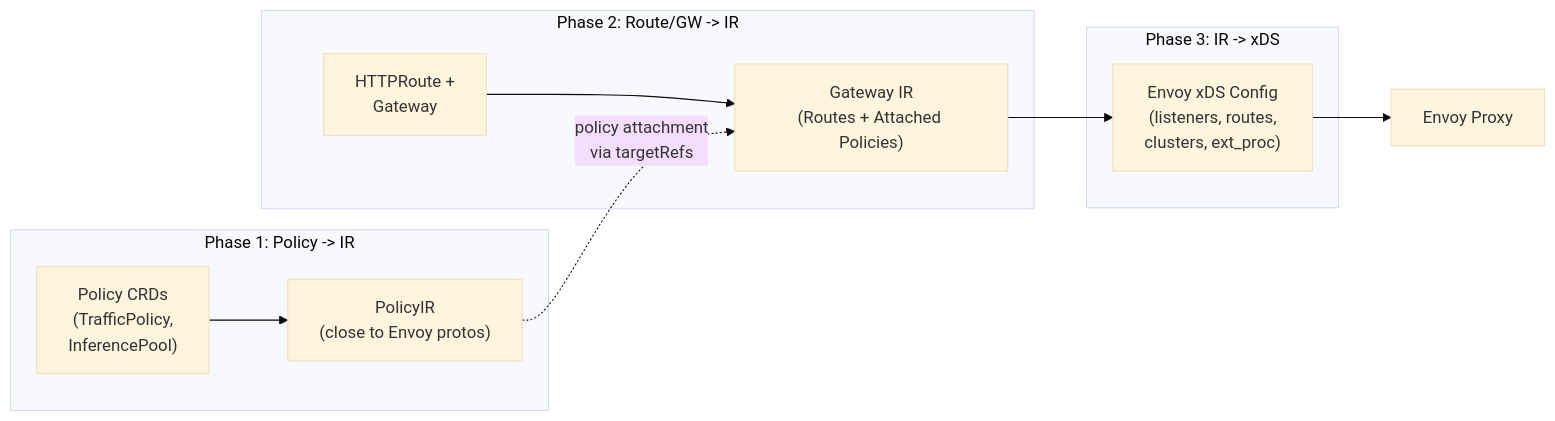
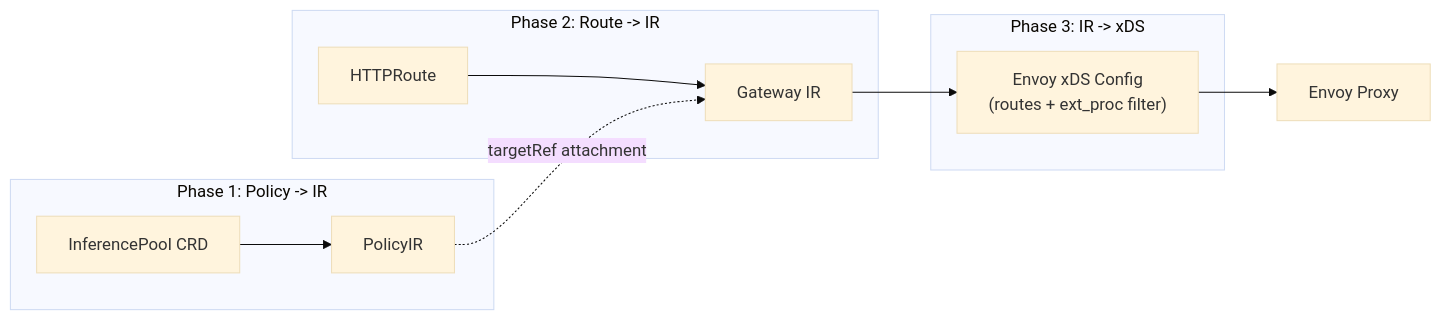
The first of 6 diagrams in teamp.md (1Shubham7/knotes), drawn with Mermaid (base theme) before and after one commit. The commit also changed other lines of this file, not shown here.

````diff
--- a/teamp.md
+++ b/teamp.md
@@ -76,21 +59,14 @@
 ```mermaid
 flowchart LR
     subgraph "Phase 1: Policy -> IR"
-        CRD["Policy CRDs<br/>(TrafficPolicy,<br/>InferencePool)"]
-        PIR["PolicyIR<br/>(close to Envoy protos)"]
-        CRD --> PIR
+        CRD["InferencePool CRD"] --> PIR["PolicyIR"]
     end
-
-    subgraph "Phase 2: Route/GW -> IR"
-        HR["HTTPRoute +<br/>Gateway"]
-        GIR["Gateway IR<br/>(Routes + Attached Policies)"]
-        HR --> GIR
-        PIR -.->|"policy attachment<br/>via targetRefs"| GIR
+    subgraph "Phase 2: Route -> IR"
+        HR["HTTPRoute"] --> GIR["Gateway IR"]
+        PIR -.->|"targetRef attachment"| GIR
     end
-
     subgraph "Phase 3: IR -> xDS"
-        GIR --> xDS["Envoy xDS Config<br/>(listeners, routes,<br/>clusters, ext_proc)"]
+        GIR --> xDS["Envoy xDS Config<br/>(routes + ext_proc filter)"]
     end
-
     xDS --> Envoy["Envoy Proxy"]
 ```
````
